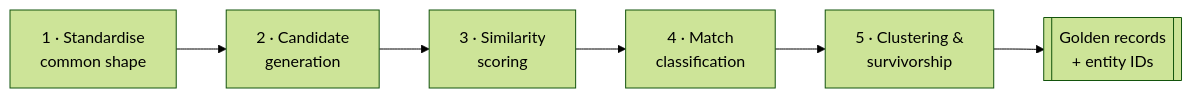
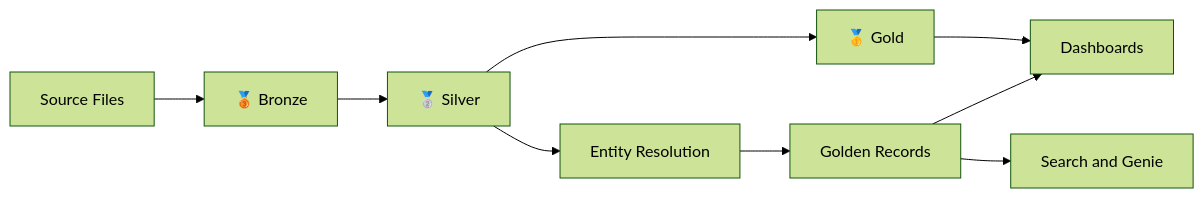
Before and after one commit to patricktran159/databricks-medallion-entity-resolution: the diagram in README.md, drawn with Mermaid (forest theme). The commit also changed other lines of this file, not shown here.

````diff
--- a/README.md
+++ b/README.md
@@ -135,8 +46,11 @@
 ```mermaid
 flowchart LR
-    A["1 · Standardise<br/>common shape"] --> B["2 · Candidate<br/>generation"]
-    B --> C["3 · Similarity<br/>scoring"]
-    C --> D["4 · Match<br/>classification"]
-    D --> E["5 · Clustering &<br/>survivorship"]
-    E --> G[["Golden records<br/>+ entity IDs"]]
+    A["Source Files"] --> B["🥉 Bronze"]
+    B --> C["🥈 Silver"]
+    C --> D["🥇 Gold"]
+    C --> E["Entity Resolution"]
+    E --> F["Golden Records"]
+    D --> G["Dashboards"]
+    F --> G
+    F --> H["Search and Genie"]
 ```
````
